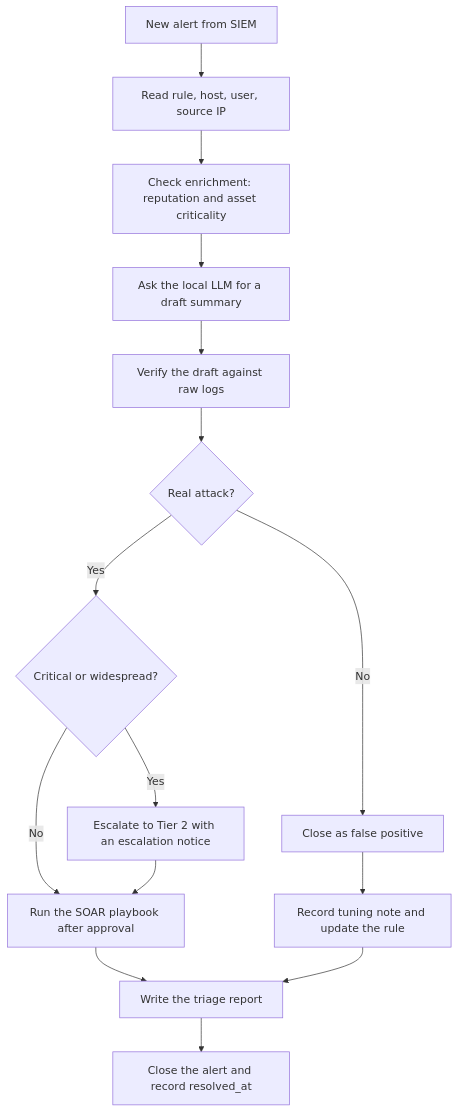
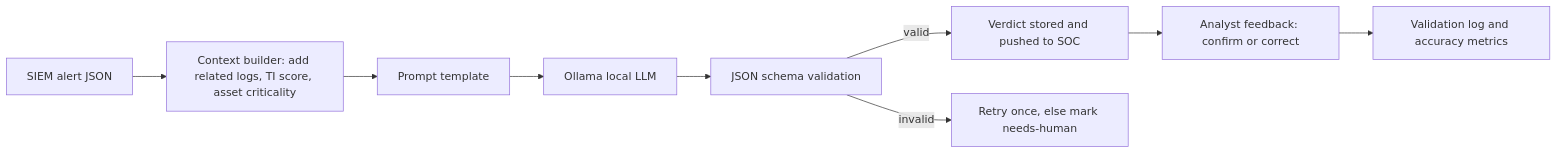
One commit to SalehAyman55/Project-4 changed the third of 7 diagrams in README.md. Above: the diagram before and after it, drawn with Mermaid. The commit also changed other lines of this file and 20 other files, not shown here.

First line of the commit message:
docs: restructure project, add README, diagrams and repo scaffolding

````diff
--- a/README.md
+++ b/README.md
@@ -247,17 +335,11 @@
 ```mermaid
-flowchart TD
-  A["New alert from SIEM"] --> B["Read rule, host, user, source IP"]
-  B --> C["Check enrichment: reputation and asset criticality"]
-  C --> D["Ask the local LLM for a draft summary"]
-  D --> E["Verify the draft against raw logs"]
-  E --> F{"Real attack?"}
-  F -- No --> G["Close as false positive"]
-  G --> H["Record tuning note and update the rule"]
-  F -- Yes --> I{"Critical or widespread?"}
-  I -- Yes --> J["Escalate to Tier 2 with an escalation notice"]
-  I -- No --> K["Run the SOAR playbook after approval"]
-  J --> K
-  K --> L["Write the triage report"]
-  H --> L
-  L --> M["Close the alert and record resolved_at"]
+flowchart LR
+  A["SIEM alert JSON"] --> B["Context builder: add related logs, TI score, asset criticality"]
+  B --> C["Prompt template"]
+  C --> D["Ollama local LLM"]
+  D --> E["JSON schema validation"]
+  E -->|valid| F["Verdict stored and pushed to SOC"]
+  E -->|invalid| G["Retry once, else mark needs-human"]
+  F --> H["Analyst feedback: confirm or correct"]
+  H --> I["Validation log and accuracy metrics"]
 ```
````
